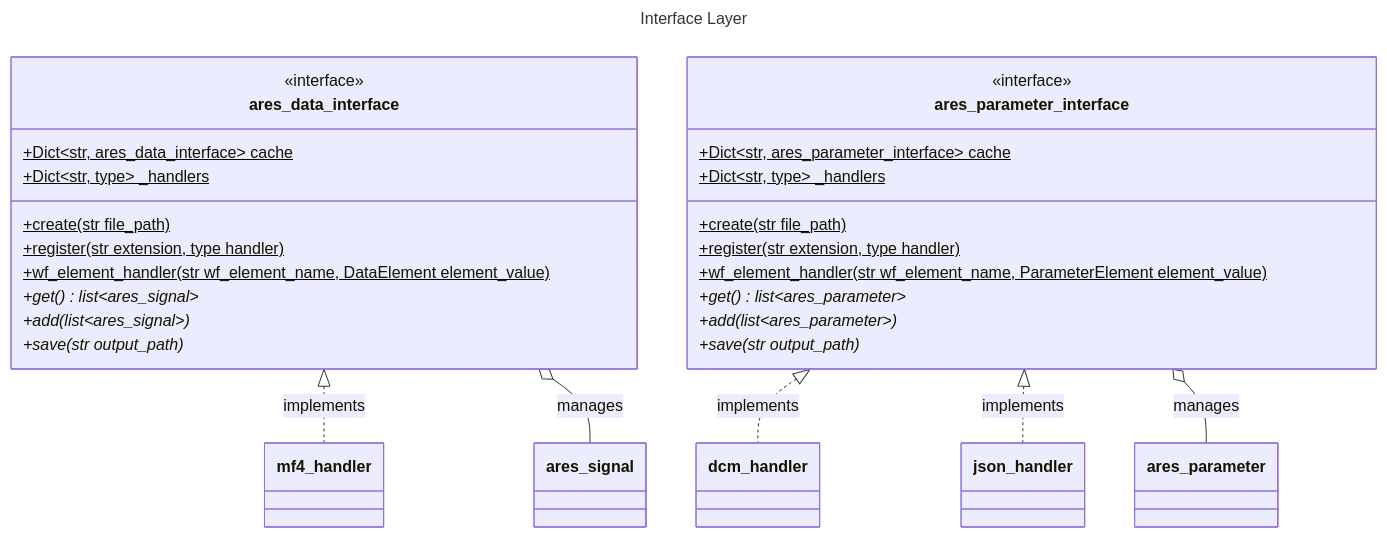
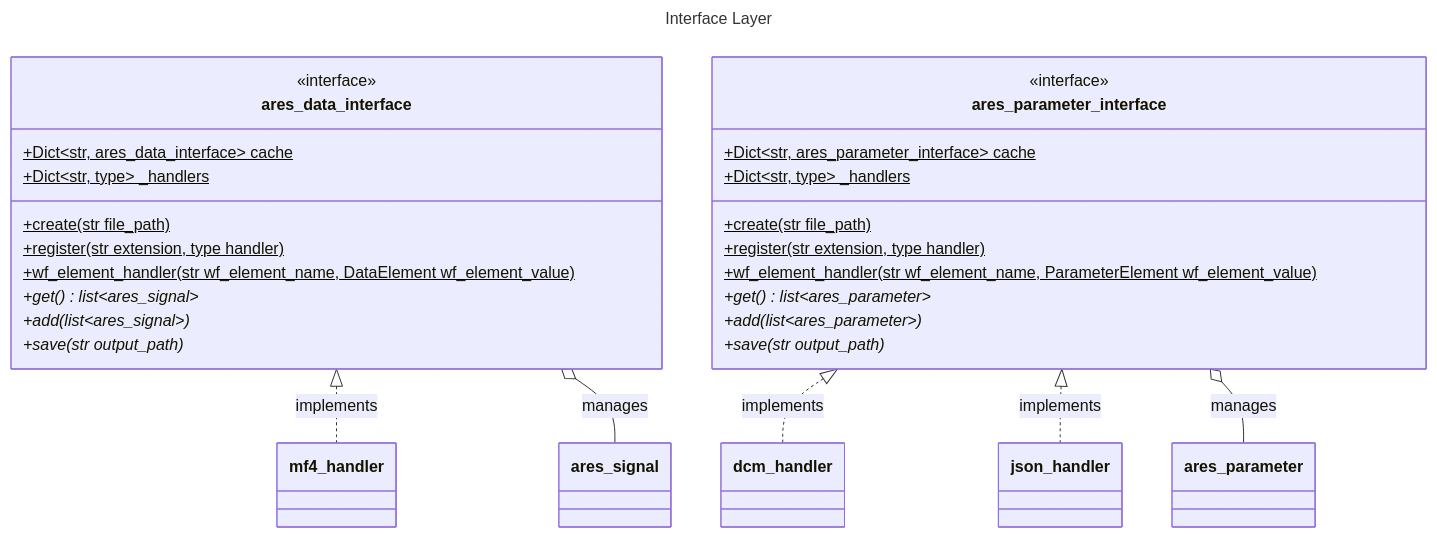
The fourth of 5 diagrams in architecture.md (olympus-tools/ARES), drawn with Mermaid before and after one commit. The commit also changed 4 other files, not shown here.

Commit message:
AC: align naming convention => "element_value" for wf elements is "wf_element_value"

````diff
--- a/architecture.md
+++ b/architecture.md
@@ -172,39 +172,39 @@
 ```mermaid
 ---
 title: Interface Layer
 ---
 classDiagram
     class ares_data_interface{
         <<interface>>
         +Dict~str, ares_data_interface~ cache$
         +Dict~str, type~ _handlers$
         +create(str file_path)$
         +register(str extension, type handler)$
-        +wf_element_handler(str wf_element_name, DataElement element_value)$
+        +wf_element_handler(str wf_element_name, DataElement wf_element_value)$
         +get() list~ares_signal~*
         +add(list~ares_signal~)*
         +save(str output_path)*
     }
 
     class ares_parameter_interface{
         <<interface>>
         +Dict~str, ares_parameter_interface~ cache$
         +Dict~str, type~ _handlers$
         +create(str file_path)$
         +register(str extension, type handler)$
-        +wf_element_handler(str wf_element_name, ParameterElement element_value)$
+        +wf_element_handler(str wf_element_name, ParameterElement wf_element_value)$
         +get() list~ares_parameter~*
         +add(list~ares_parameter~)*
         +save(str output_path)*
     }
 
     class dcm_handler
     class json_handler
     class mf4_handler
 
     ares_parameter_interface <|.. dcm_handler : implements
     ares_parameter_interface <|.. json_handler : implements
     ares_data_interface <|.. mf4_handler : implements
     ares_parameter_interface o-- ares_parameter : manages
     ares_data_interface o-- ares_signal : manages
 ```
````
